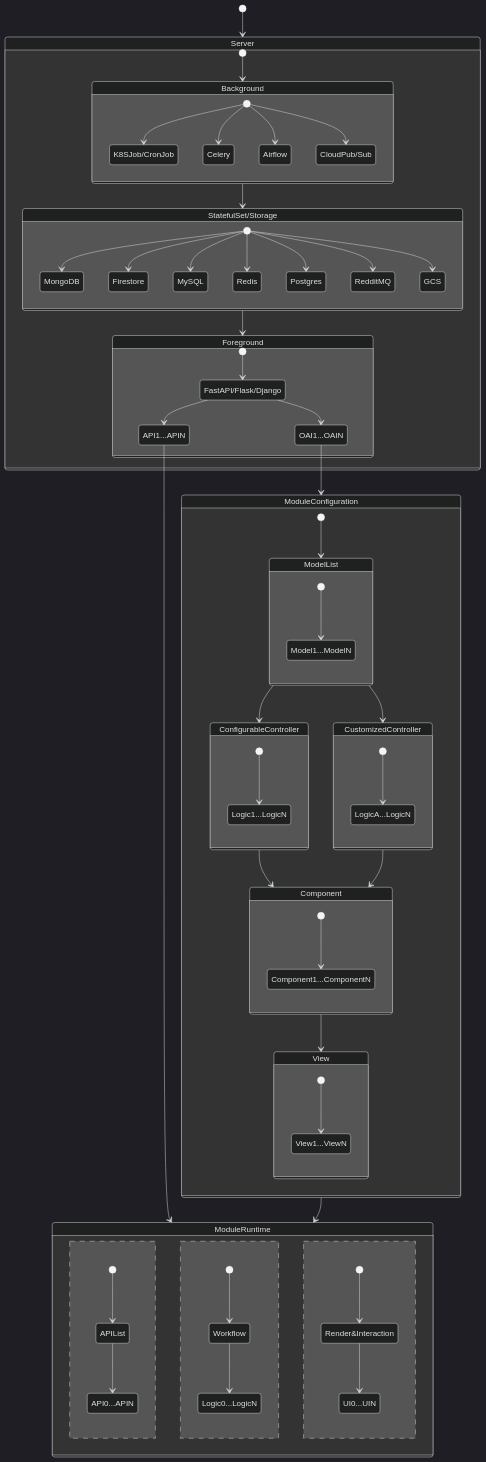
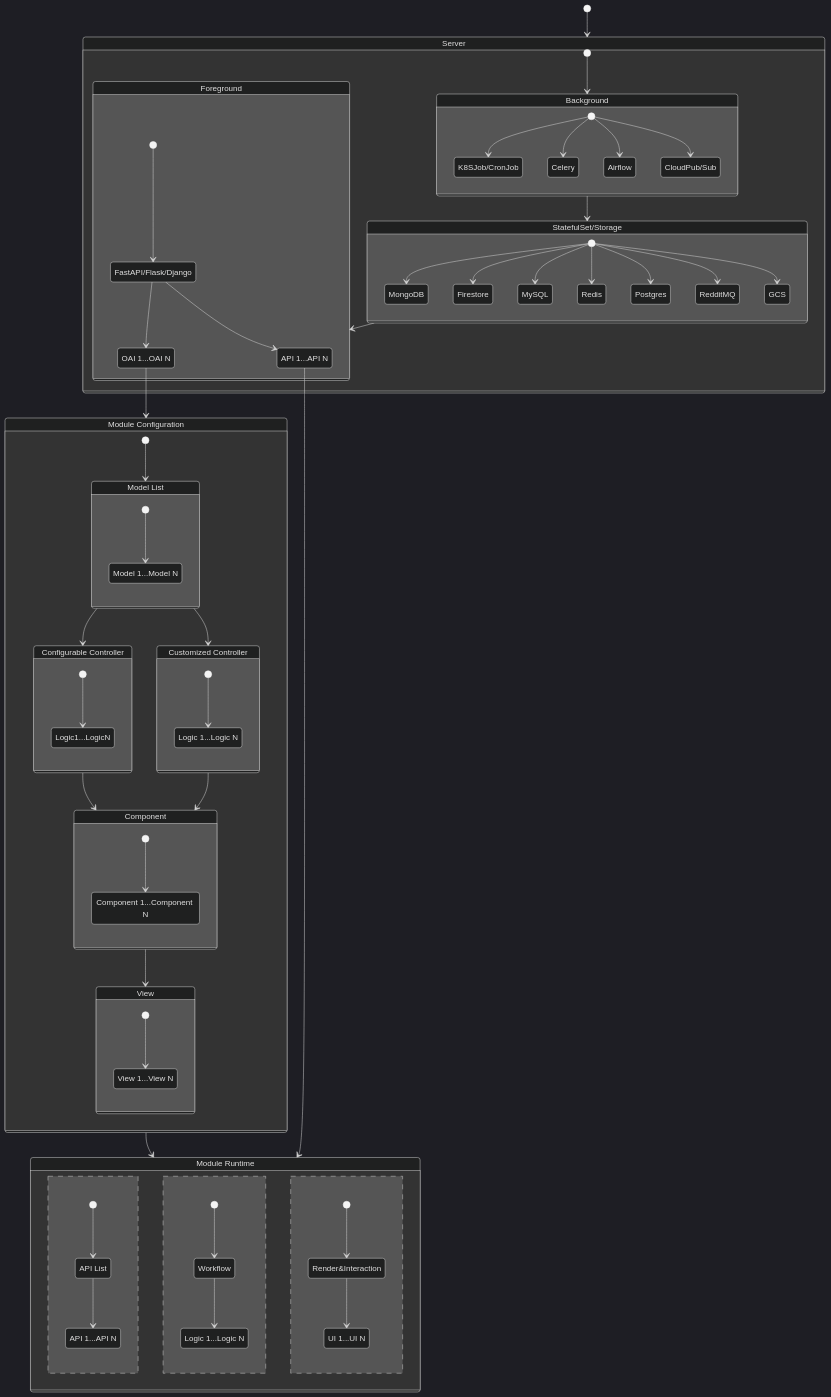
Before and after one commit to SiegeSailor/vault-personal: the diagram in master-notes/NOTE/docs/10@future-project-plan/1@portal/1@outline.md, drawn with Mermaid (dark theme). The commit also changed 7 other files, not shown here.

Commit message:
Modify all state diagram Add operation-system content

````diff
--- a/master-notes/NOTE/docs/10@future-project-plan/1@portal/1@outline.md
+++ b/master-notes/NOTE/docs/10@future-project-plan/1@portal/1@outline.md
@@ -11,6 +11,22 @@
 ```mermaid
 stateDiagram-v2
     direction TB
+    ConfigurableController: Configurable Controller
+    CustomizedController: Customized Controller
+    Component1...ComponentN: Component 1...Component N
+    ModuleConfiguration: Module Configuration
+    ModelList: Model List
+    API1...APIN: API 1...API N
+    OAI1...OAIN: OAI 1...OAI N
+    Model1...ModelN: Model 1...Model N
+    LogicA...LogicN: Logic 1...Logic N
+    APIList: API List
+    View1...ViewN: View 1...View N
+    API0...APIN: API 1...API N
+    ModuleRuntime: Module Runtime
+    Logic0...LogicN: Logic 1...Logic N
+    UI0...UIN: UI 1...UI N
+
     [*] --> Server
     state Server {
       direction TB
````
